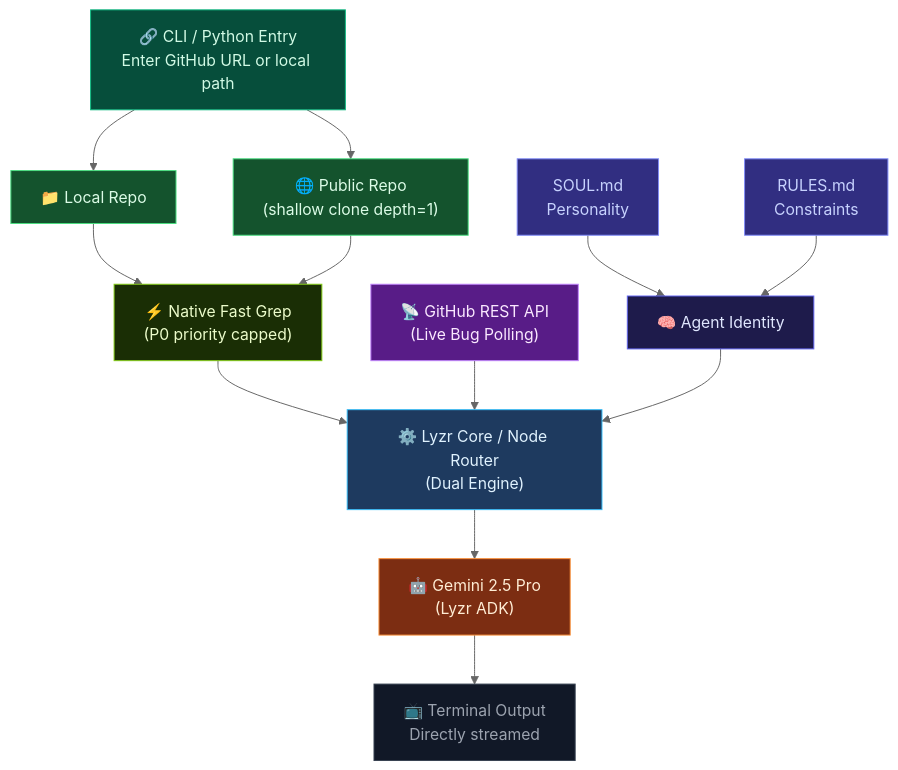
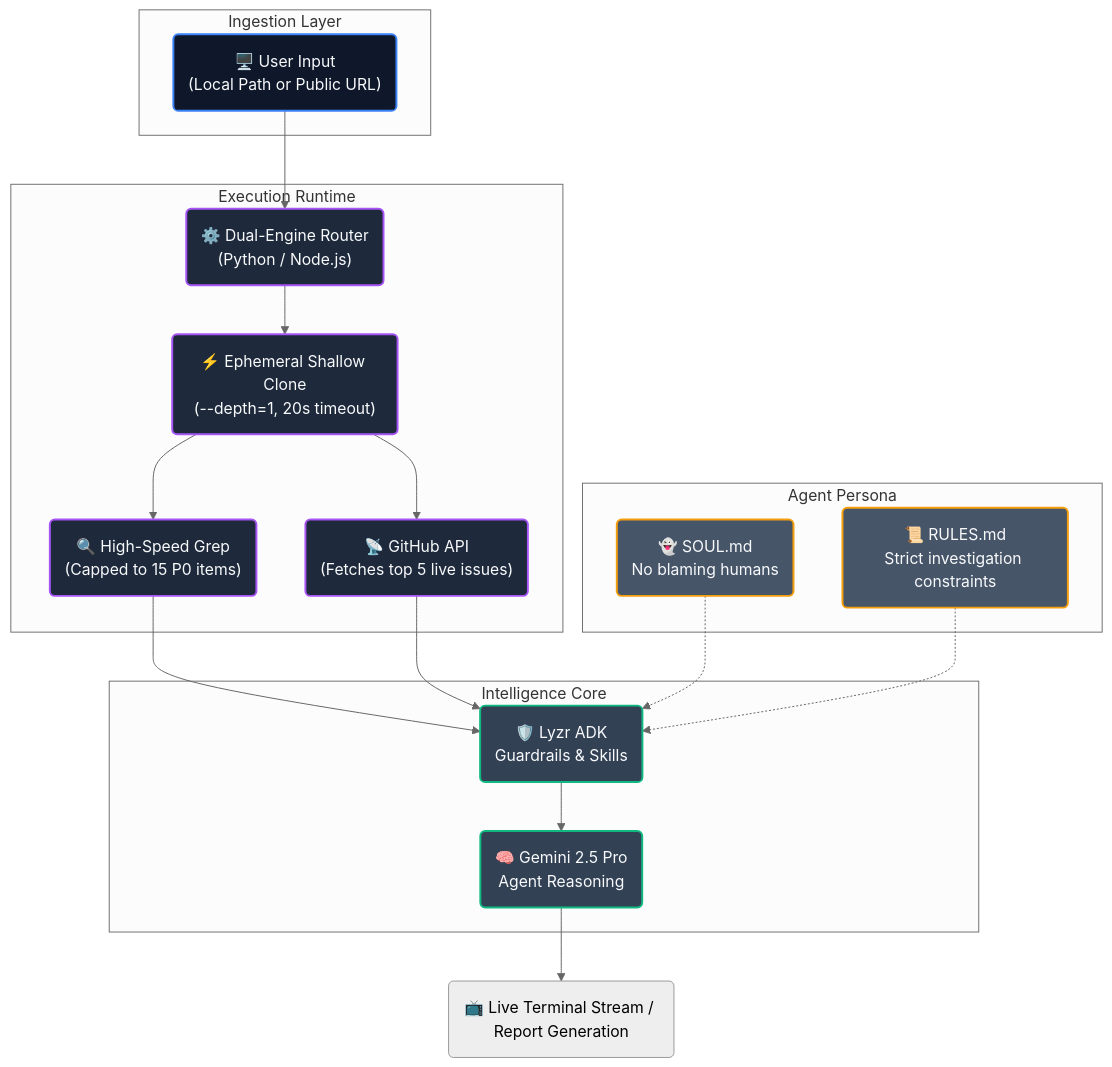
The diagram in README.md (VJsharan/causal-loop-agent), drawn with Mermaid (neutral theme) before and after one commit. The commit also changed other lines of this file, not shown here.

````diff
--- a/README.md
+++ b/README.md
@@ -133,37 +65,44 @@
 ```mermaid
-flowchart TD
-    START["🔗 CLI / Python Entry\nEnter GitHub URL or local path"]:::start
+graph TD
+    subgraph "Ingestion Layer"
+        CLI("🖥️ User Input\n(Local Path or Public URL)")
+    end
 
-    R1["📁 Local Repo"]:::git
-    R2["🌐 Public Repo\n(shallow clone depth=1)"]:::git
+    subgraph "Execution Runtime"
+        ROUTER("⚙️ Dual-Engine Router\n(Python / Node.js)")
+        CLONE("⚡ Ephemeral Shallow Clone\n(--depth=1, 20s timeout)")
+        GREP("🔍 High-Speed Grep\n(Capped to 15 P0 items)")
+        API("📡 GitHub API\n(Fetches top 5 live issues)")
+    end
 
-    A["🧠 Agent Identity"]:::identity
-    A1["SOUL.md\nPersonality"]:::file
-    A2["RULES.md\nConstraints"]:::file
+    subgraph "Intelligence Core"
+        LYZR("🛡️ Lyzr ADK\nGuardrails & Skills")
+        LLM("🧠 Gemini 2.5 Pro\nAgent Reasoning")
+    end
 
-    B["⚙️ Lyzr Core / Node Router\n(Dual Engine)"]:::runtime
-    C["⚡ Native Fast Grep\n(P0 priority capped)"]:::gitlog
-    D["🤖 Gemini 2.5 Pro\n(Lyzr ADK)"]:::llm
-    E["📡 GitHub REST API\n(Live Bug Polling)"]:::api
+    subgraph "Agent Persona"
+        SOUL("👻 SOUL.md\nNo blaming humans")
+        RULES("📜 RULES.md\nStrict investigation constraints")
+    end
 
-    OUT["📺 Terminal Output\nDirectly streamed"]:::output
+    CLI --> ROUTER
+    ROUTER --> CLONE
+    CLONE --> GREP
+    CLONE --> API
+    GREP --> LYZR
+    API --> LYZR
+    SOUL -.-> LYZR
+    RULES -.-> LYZR
+    LYZR --> LLM
+    LLM --> OUTPUT("📺 Live Terminal Stream / Report Generation")
 
-    START --> R1 & R2
-    R1 & R2 --> C
-    A1 & A2 --> A
-    C --> B
-    E --> B
-    A --> B
-    B --> D
-    D --> OUT
-
-    classDef start fill:#064e3b,stroke:#10b981,color:#d1fae5
-    classDef identity fill:#1e1b4b,stroke:#6366f1,color:#e0e7ff
-    classDef file fill:#312e81,stroke:#818cf8,color:#c7d2fe
-    classDef runtime fill:#1e3a5f,stroke:#38bdf8,color:#e0f2fe
-    classDef git fill:#14532d,stroke:#4ade80,color:#dcfce7
-    classDef gitlog fill:#1a2e05,stroke:#84cc16,color:#ecfccb
-    classDef llm fill:#7c2d12,stroke:#fb923c,color:#ffedd5
-    classDef api fill:#581c87,stroke:#c084fc,color:#fae8ff
-    classDef output fill:#111827,stroke:#374151,color:#9ca3af
+    classDef cli fill:#0f172a,stroke:#3b82f6,stroke-width:2px,color:#f8fafc;
+    classDef runtime fill:#1e293b,stroke:#a855f7,stroke-width:2px,color:#f8fafc;
+    classDef logic fill:#334155,stroke:#10b981,stroke-width:2px,color:#f8fafc;
+    classDef rules fill:#475569,stroke:#f59e0b,stroke-width:2px,color:#f8fafc;
+    
+    class CLI cli;
+    class ROUTER,CLONE,GREP,API runtime;
+    class LYZR,LLM logic;
+    class SOUL,RULES rules;
 ```
````
